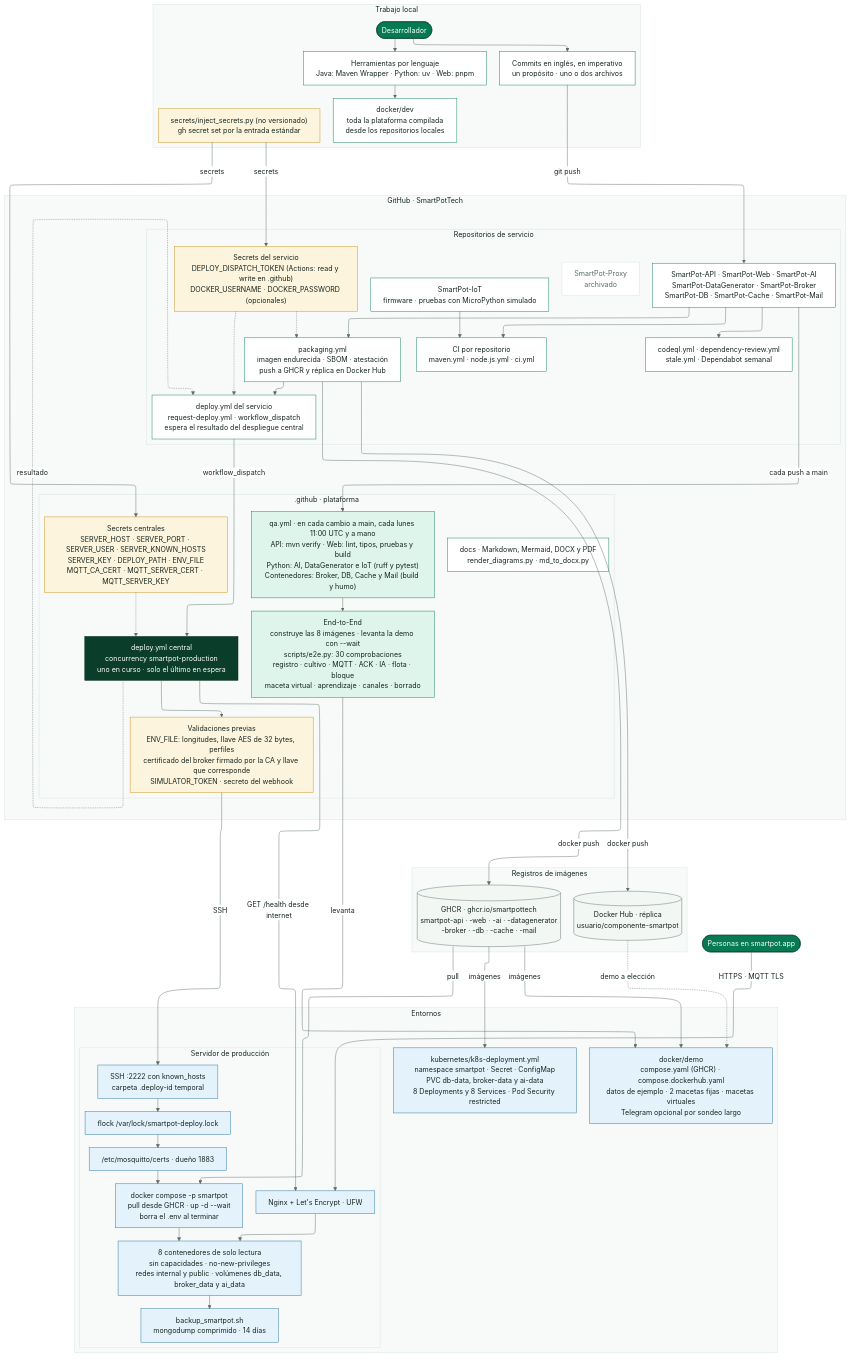
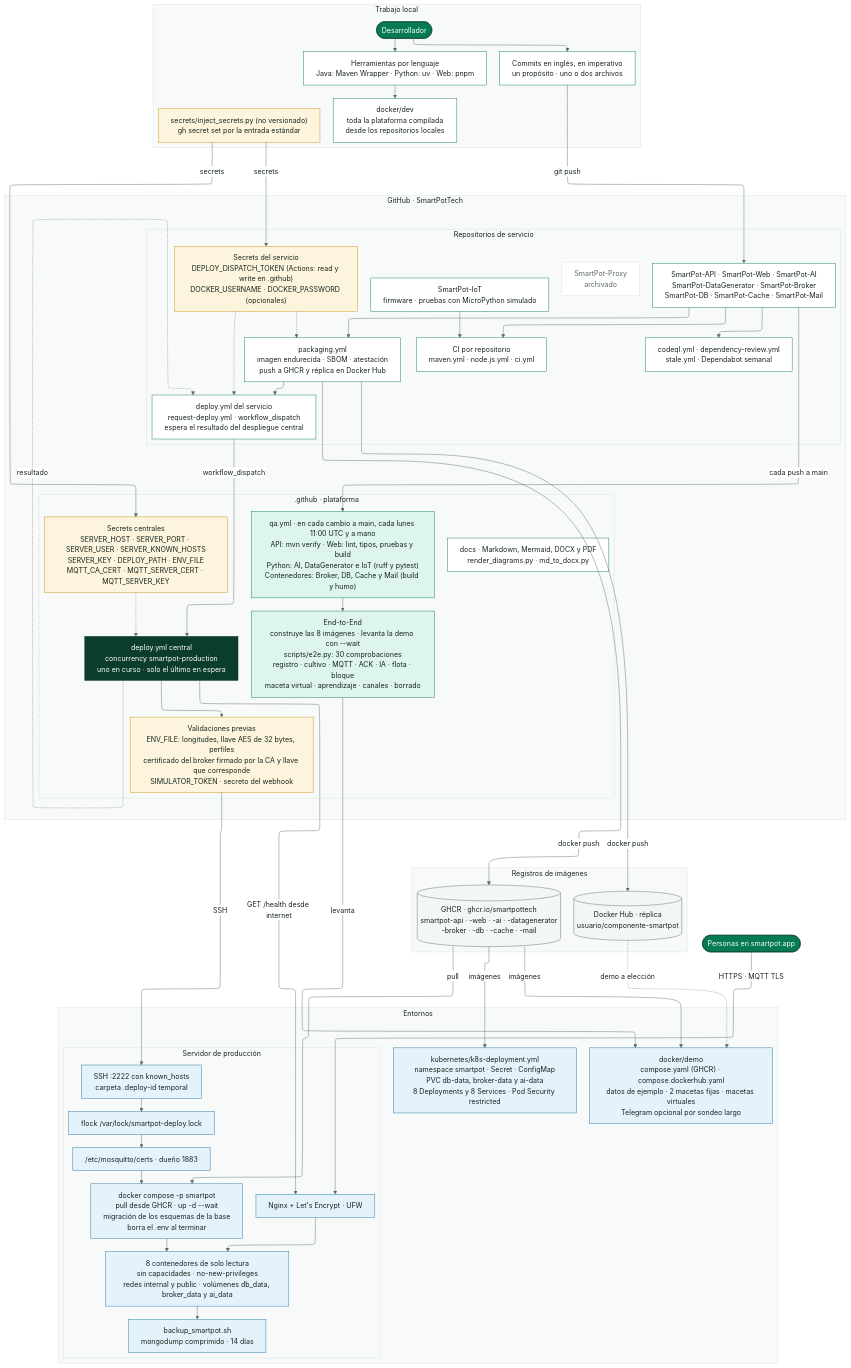
One commit to SmartPotTech/.github changed the diagram in docs/superdiagrams/SmartPot_Super_03_Delivery.mmd. Above: the diagram before and after it, drawn with Mermaid. The commit also changed 1 other file, not shown here.

Commit message:
Show database migration in delivery superdiagram

```diff
--- a/docs/superdiagrams/SmartPot_Super_03_Delivery.mmd
+++ b/docs/superdiagrams/SmartPot_Super_03_Delivery.mmd
@@ -1,106 +1,106 @@
 %%{init: {"theme": "base", "fontFamily": "Segoe UI, Arial, sans-serif", "themeVariables": {"fontFamily": "Segoe UI, Arial, sans-serif", "fontSize": "16px", "primaryColor": "#DDF5EA", "primaryTextColor": "#17261F", "primaryBorderColor": "#067A52", "secondaryColor": "#E3F2FB", "secondaryTextColor": "#17261F", "secondaryBorderColor": "#1F6FA0", "tertiaryColor": "#F2F7F4", "tertiaryTextColor": "#17261F", "tertiaryBorderColor": "#D5E3DC", "lineColor": "#5B6B63", "textColor": "#17261F", "mainBkg": "#DDF5EA", "nodeBorder": "#067A52", "clusterBkg": "#F7FAF8", "clusterBorder": "#D5E3DC", "edgeLabelBackground": "#FFFFFF", "actorBkg": "#067A52", "actorBorder": "#0B3D2B", "actorTextColor": "#FFFFFF", "actorLineColor": "#5B6B63", "signalColor": "#17261F", "signalTextColor": "#17261F", "labelBoxBkgColor": "#0B3D2B", "labelBoxBorderColor": "#0B3D2B", "labelTextColor": "#FFFFFF", "loopTextColor": "#0B3D2B", "noteBkgColor": "#FDF4DD", "noteBorderColor": "#C98D12", "noteTextColor": "#17261F", "activationBkgColor": "#DDF5EA", "activationBorderColor": "#067A52", "attributeBackgroundColorOdd": "#FFFFFF", "attributeBackgroundColorEven": "#F2F7F4"}, "layout": "elk", "elk": {"nodePlacementStrategy": "BRANDES_KOEPF", "mergeEdges": false, "cycleBreakingStrategy": "GREEDY"}, "flowchart": {"useMaxWidth": false, "htmlLabels": true, "curve": "basis", "padding": 14, "nodeSpacing": 45, "rankSpacing": 80, "wrappingWidth": 360}}}%%
 flowchart TB
   subgraph local["Trabajo local"]
     direction TB
     dev(["Desarrollador"])
     tooling["Herramientas por lenguaje<br/>Java: Maven Wrapper · Python: uv · Web: pnpm"]
     devenv["docker/dev<br/>toda la plataforma compilada<br/>desde los repositorios locales"]
     commitrule["Commits en inglés, en imperativo<br/>un propósito · uno o dos archivos"]
     inject["secrets/inject_secrets.py (no versionado)<br/>gh secret set por la entrada estándar"]
     dev --> tooling --> devenv
     dev --> commitrule
   end
 
   subgraph org["GitHub · SmartPotTech"]
     direction TB
     subgraph services["Repositorios de servicio"]
       direction TB
       repos["SmartPot-API · SmartPot-Web · SmartPot-AI<br/>SmartPot-DataGenerator · SmartPot-Broker<br/>SmartPot-DB · SmartPot-Cache · SmartPot-Mail"]
       iot["SmartPot-IoT<br/>firmware · pruebas con MicroPython simulado"]
       proxy["SmartPot-Proxy<br/>archivado"]
       ci["CI por repositorio<br/>maven.yml · node.js.yml · ci.yml"]
       codeql["codeql.yml · dependency-review.yml<br/>stale.yml · Dependabot semanal"]
       packaging["packaging.yml<br/>imagen endurecida · SBOM · atestación<br/>push a GHCR y réplica en Docker Hub"]
       request["deploy.yml del servicio<br/>request-deploy.yml · workflow_dispatch<br/>espera el resultado del despliegue central"]
       svcsecrets["Secrets del servicio<br/>DEPLOY_DISPATCH_TOKEN (Actions: read y write en .github)<br/>DOCKER_USERNAME · DOCKER_PASSWORD (opcionales)"]
       repos --> ci
       repos --> codeql
       repos --> packaging --> request
       svcsecrets -.-> packaging & request
       iot --> ci
     end
 
     subgraph central[".github · plataforma"]
       direction TB
       qa["qa.yml · en cada cambio a main, cada lunes 11:00 UTC y a mano<br/>API: mvn verify · Web: lint, tipos, pruebas y build<br/>Python: AI, DataGenerator e IoT (ruff y pytest)<br/>Contenedores: Broker, DB, Cache y Mail (build y humo)"]
       e2e["End-to-End<br/>construye las 8 imágenes · levanta la demo con --wait<br/>scripts/e2e.py: 30 comprobaciones<br/>registro · cultivo · MQTT · ACK · IA · flota · bloque<br/>maceta virtual · aprendizaje · canales · borrado"]
       deploy["deploy.yml central<br/>concurrency smartpot-production<br/>uno en curso · solo el último en espera"]
       validate["Validaciones previas<br/>ENV_FILE: longitudes, llave AES de 32 bytes, perfiles<br/>certificado del broker firmado por la CA y llave que corresponde<br/>SIMULATOR_TOKEN · secreto del webhook"]
       censecrets["Secrets centrales<br/>SERVER_HOST · SERVER_PORT · SERVER_USER · SERVER_KNOWN_HOSTS<br/>SERVER_KEY · DEPLOY_PATH · ENV_FILE<br/>MQTT_CA_CERT · MQTT_SERVER_CERT · MQTT_SERVER_KEY"]
       docs["docs · Markdown, Mermaid, DOCX y PDF<br/>render_diagrams.py · md_to_docx.py"]
       qa --> e2e
       censecrets -.-> deploy
       deploy --> validate
     end
   end
 
   subgraph registries["Registros de imágenes"]
     direction TB
     ghcr[("GHCR · ghcr.io/smartpottech<br/>smartpot-api · -web · -ai · -datagenerator<br/>-broker · -db · -cache · -mail")]
     hub[("Docker Hub · réplica<br/>usuario/componente-smartpot")]
   end
 
   subgraph environments["Entornos"]
     direction TB
     demo["docker/demo<br/>compose.yaml (GHCR) · compose.dockerhub.yaml<br/>datos de ejemplo · 2 macetas fijas · macetas virtuales<br/>Telegram opcional por sondeo largo"]
     k8s["kubernetes/k8s-deployment.yml<br/>namespace smartpot · Secret · ConfigMap<br/>PVC db-data, broker-data y ai-data<br/>8 Deployments y 8 Services · Pod Security restricted"]
     subgraph server["Servidor de producción"]
       direction TB
       ssh["SSH :2222 con known_hosts<br/>carpeta .deploy-id temporal"]
       lock["flock /var/lock/smartpot-deploy.lock"]
       certs["/etc/mosquitto/certs · dueño 1883"]
-      compose["docker compose -p smartpot<br/>pull desde GHCR · up -d --wait<br/>borra el .env al terminar"]
+      compose["docker compose -p smartpot<br/>pull desde GHCR · up -d --wait<br/>migración de los esquemas de la base<br/>borra el .env al terminar"]
       runtime["8 contenedores de solo lectura<br/>sin capacidades · no-new-privileges<br/>redes internal y public · volúmenes db_data, broker_data y ai_data"]
       nginx["Nginx + Let's Encrypt · UFW"]
       backup["backup_smartpot.sh<br/>mongodump comprimido · 14 días"]
       ssh --> lock --> certs --> compose --> runtime
       nginx --> runtime
       runtime --> backup
     end
   end
 
   users(["Personas en smartpot.app"])
 
   commitrule -->|"git push"| repos
   inject -->|"secrets"| svcsecrets & censecrets
   repos -->|"cada push a main"| qa
   packaging -->|"docker push"| ghcr & hub
   request -->|"workflow_dispatch"| deploy
   deploy -.->|"resultado"| request
   validate -->|"SSH"| ssh
   ghcr -->|"pull"| compose
   ghcr -->|"imágenes"| demo & k8s
   hub -.->|"demo a elección"| demo
   e2e -->|"levanta"| demo
   deploy -->|"GET /health desde internet"| nginx
   users -->|"HTTPS · MQTT TLS"| nginx
 
   classDef person fill:#067A52,stroke:#0B3D2B,color:#FFFFFF
   classDef device fill:#FBE9E1,stroke:#B85A38,color:#17261F
   classDef edge fill:#E3F2FB,stroke:#1F6FA0,color:#17261F
   classDef web fill:#DDF5EA,stroke:#067A52,color:#17261F
   classDef core fill:#0B3D2B,stroke:#06281C,color:#FFFFFF
   classDef module fill:#FFFFFF,stroke:#067A52,color:#17261F
   classDef ai fill:#EEF7FC,stroke:#1F6FA0,color:#17261F
   classDef store fill:#F2F7F4,stroke:#5B6B63,color:#17261F
   classDef ext fill:#FDF4DD,stroke:#C98D12,color:#17261F
   classDef warn fill:#FBE3E3,stroke:#D64545,color:#17261F
   classDef note fill:#FFFFFF,stroke:#D5E3DC,color:#5B6B63
   class dev,users person
   class tooling,devenv,commitrule,repos,iot,ci,codeql,packaging,request,docs module
   class proxy note
   class inject,svcsecrets,censecrets,validate ext
   class qa,e2e web
   class deploy core
   class ghcr,hub store
   class demo,k8s,ssh,lock,certs,compose,runtime,nginx,backup edge
```
